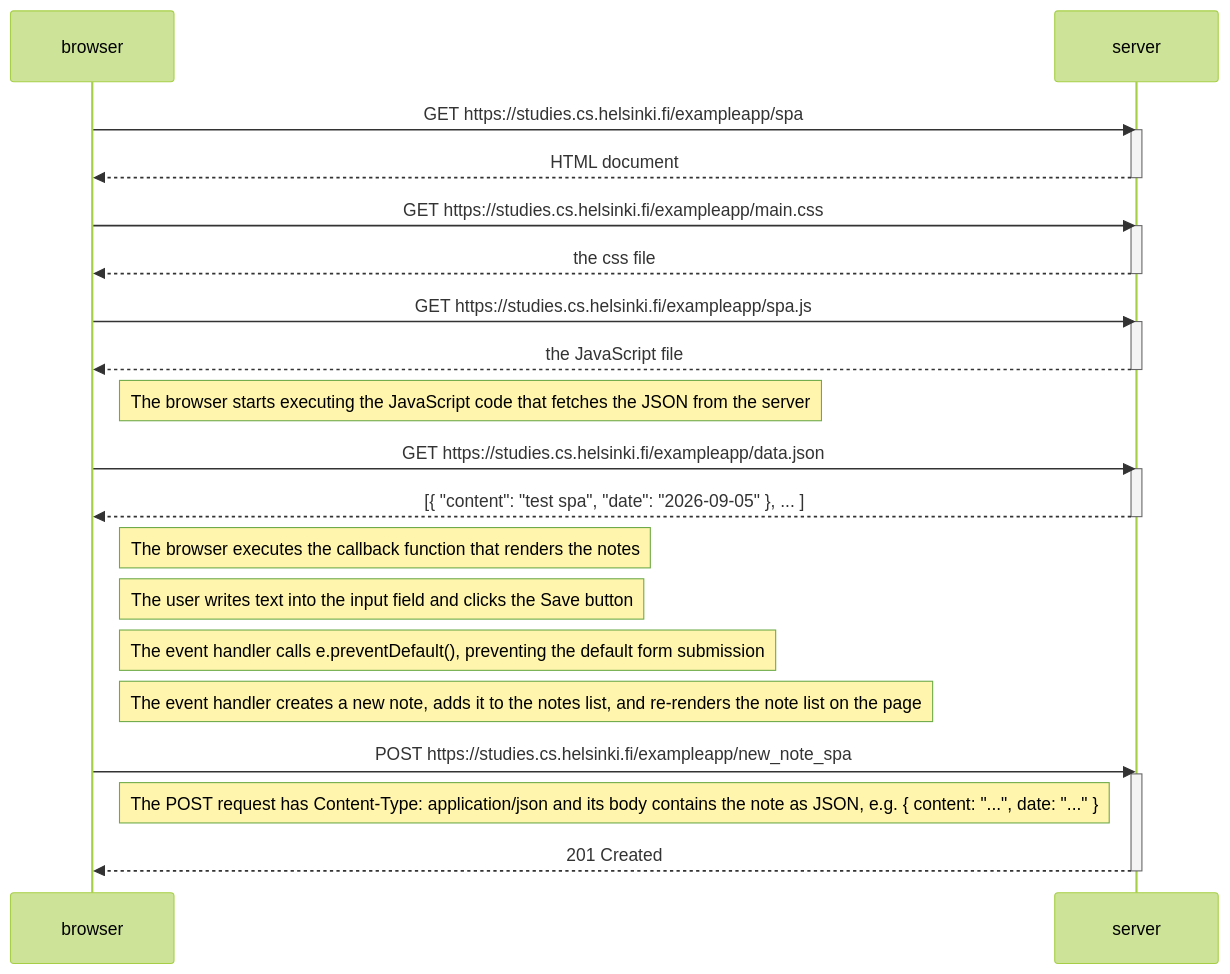
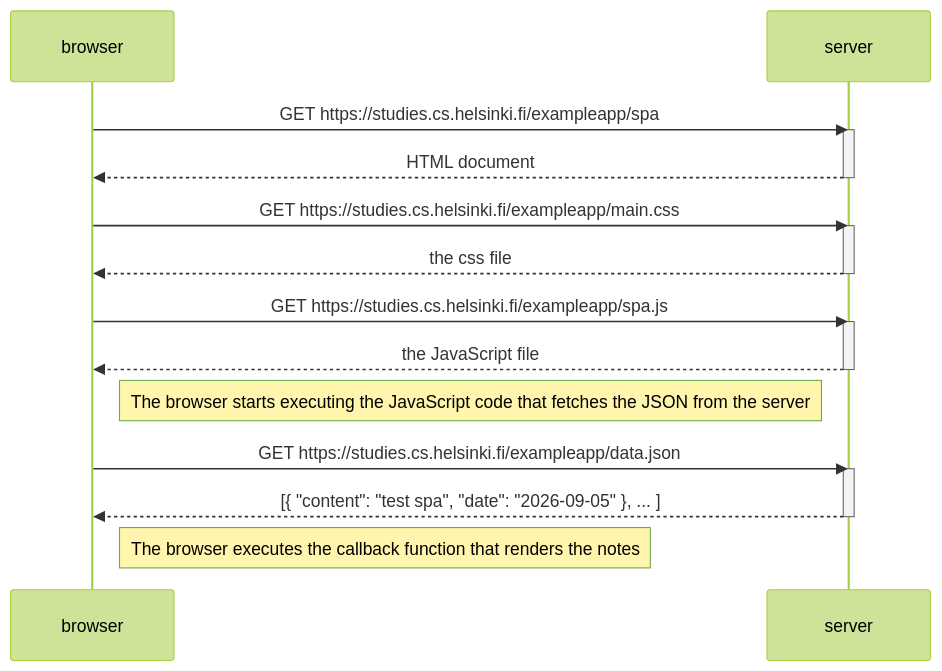
Before and after one commit to albertogonzalez2001/Fullstack-open: the diagram in part0/0.5-Exercise.mmd, drawn with Mermaid (forest theme).

```diff
--- a/part0/0.5-Exercise.mmd
+++ b/part0/0.5-Exercise.mmd
@@ -1,37 +1,27 @@
 sequenceDiagram
     participant browser
     participant server
 
     browser->>server: GET https://studies.cs.helsinki.fi/exampleapp/spa
     activate server
     server-->>browser: HTML document
     deactivate server
 
     browser->>server: GET https://studies.cs.helsinki.fi/exampleapp/main.css
     activate server
     server-->>browser: the css file
     deactivate server
 
     browser->>server: GET https://studies.cs.helsinki.fi/exampleapp/spa.js
     activate server
     server-->>browser: the JavaScript file
     deactivate server
 
     Note right of browser: The browser starts executing the JavaScript code that fetches the JSON from the server
 
     browser->>server: GET https://studies.cs.helsinki.fi/exampleapp/data.json
     activate server
     server-->>browser: [{ "content": "test spa", "date": "2026-09-05" }, ... ]
     deactivate server
 
     Note right of browser: The browser executes the callback function that renders the notes
-
-    Note right of browser: The user writes text into the input field and clicks the Save button
-    Note right of browser: The event handler calls e.preventDefault(), preventing the default form submission
-    Note right of browser: The event handler creates a new note, adds it to the notes list, and re-renders the note list on the page
-
-    browser->>server: POST https://studies.cs.helsinki.fi/exampleapp/new_note_spa
-    activate server
-    Note right of browser: The POST request has Content-Type: application/json and its body contains the note as JSON, e.g. { content: "...", date: "..." }
-    server-->>browser: 201 Created
-    deactivate server
```
